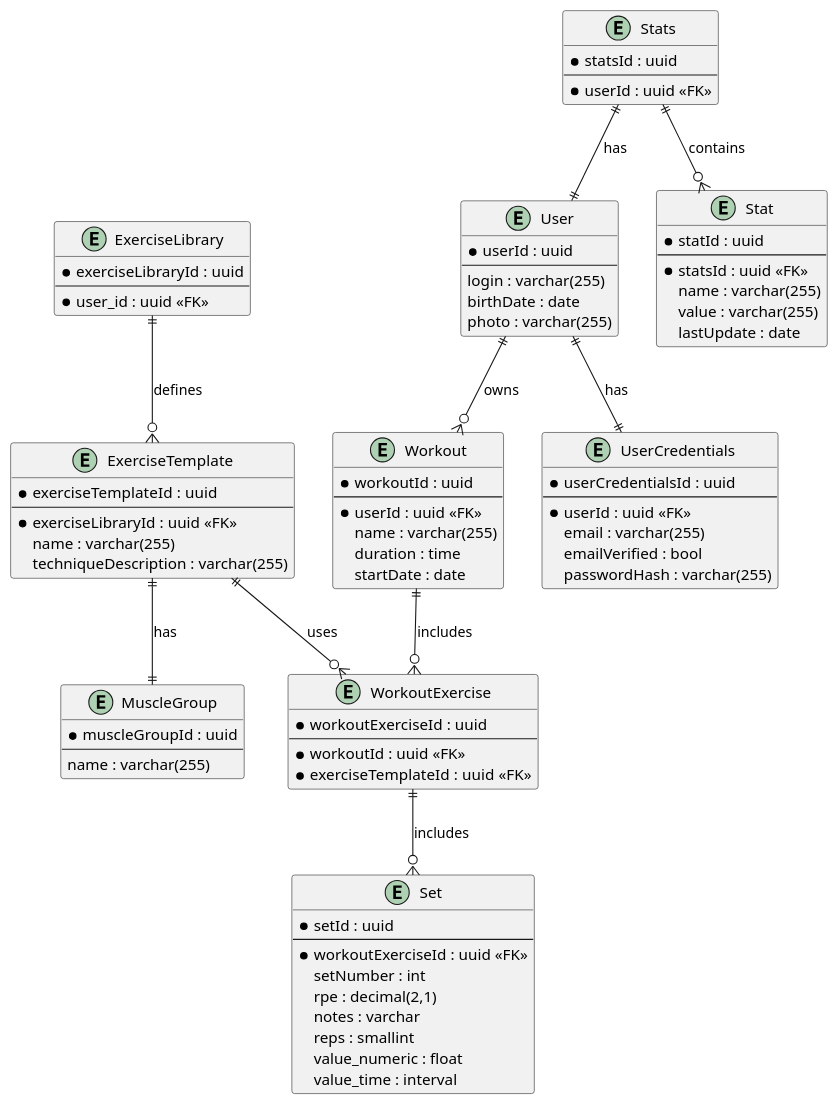
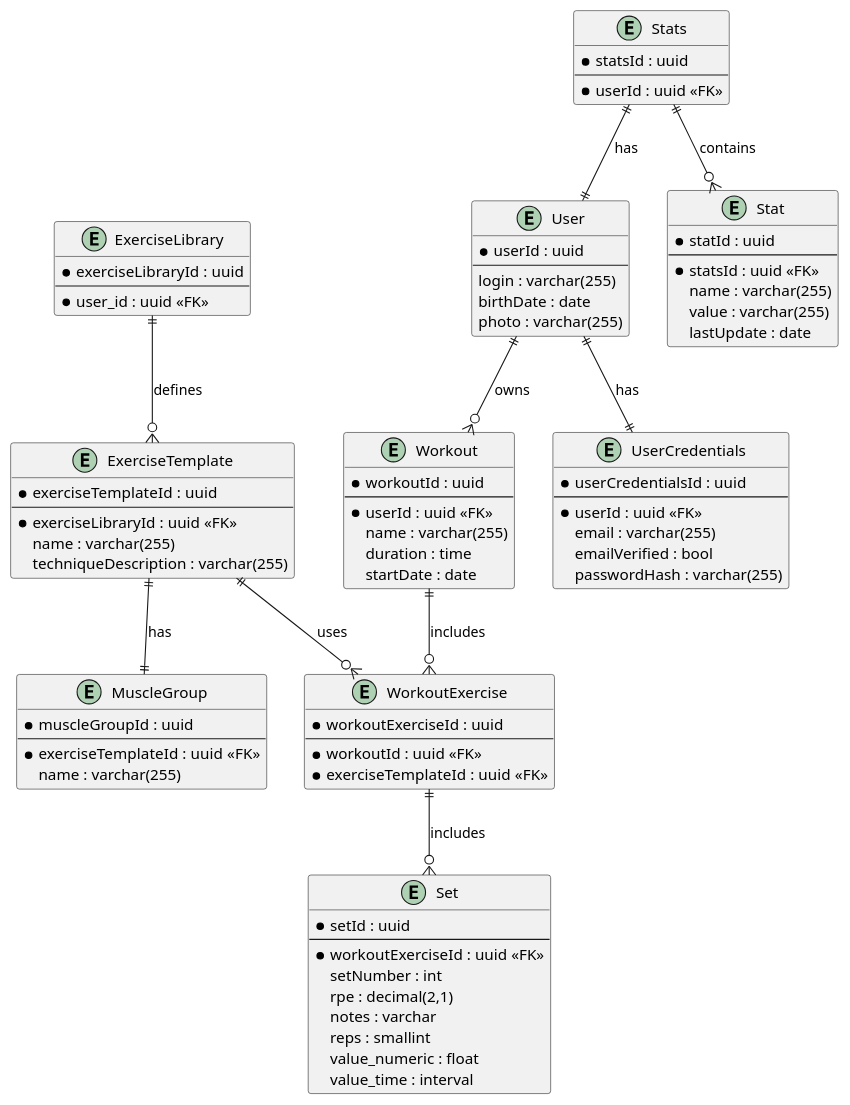
The diagram in uml.puml (kv1sidisi/ShapeUp2), drawn with PlantUML before and after one commit. The commit also changed 5 other files, not shown here.

```diff
--- a/uml.puml
+++ b/uml.puml
@@ -1,103 +1,104 @@
 @startuml
 
 entity User {
 * userId : uuid
 --
 login : varchar(255)
 birthDate : date
 photo : varchar(255)
 }
 
 entity UserCredentials {
 * userCredentialsId : uuid
 --
 * userId : uuid <<FK>>
 email : varchar(255)
 emailVerified : bool
 passwordHash : varchar(255)
 }
 
 entity Stats {
 * statsId : uuid
 --
 * userId : uuid <<FK>>
 }
 
 entity Stat {
 * statId : uuid
 --
 * statsId : uuid <<FK>>
 name : varchar(255)
 value : varchar(255)
 lastUpdate : date
 }
 
 
 
 
 entity Workout {
 * workoutId : uuid
 --
 * userId : uuid <<FK>>
 name : varchar(255)
 duration : time
 startDate : date
 }
 
 
 entity ExerciseLibrary {
 * exerciseLibraryId : uuid
 --
 * user_id : uuid <<FK>>
 }
 
 entity ExerciseTemplate {
 * exerciseTemplateId : uuid
 --
 * exerciseLibraryId : uuid <<FK>>
 name : varchar(255)
 techniqueDescription : varchar(255)
 }
 
 entity WorkoutExercise {
 * workoutExerciseId : uuid
 --
 * workoutId : uuid <<FK>>
 * exerciseTemplateId : uuid <<FK>>
 }
 
 entity Set {
 * setId : uuid
 --
 * workoutExerciseId : uuid <<FK>>
 setNumber : int
 rpe : decimal(2,1)
 notes : varchar
 reps : smallint
 value_numeric : float
 value_time : interval
 }
 
 entity MuscleGroup {
 * muscleGroupId : uuid
 --
+* exerciseTemplateId : uuid <<FK>>
 name : varchar(255)
 }
 
 
 User ||--|| UserCredentials : has
 User ||--o{ Workout : owns
 
 Stats ||--|| User : has
 Stats ||--o{ Stat : contains
 
 Workout ||--o{ WorkoutExercise : includes
 WorkoutExercise ||--o{ Set : includes
 
 ExerciseLibrary ||--o{ ExerciseTemplate : defines
 ExerciseTemplate ||--o{ WorkoutExercise : uses
 ExerciseTemplate ||--|| MuscleGroup : has
 
 
 
 @enduml
```
